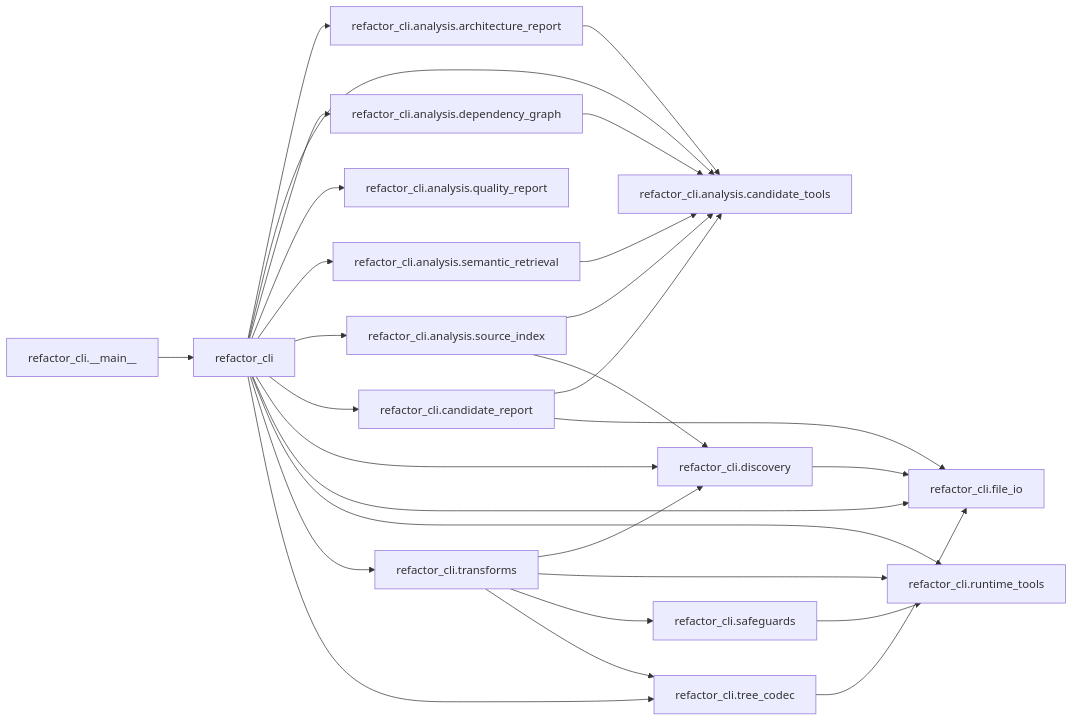
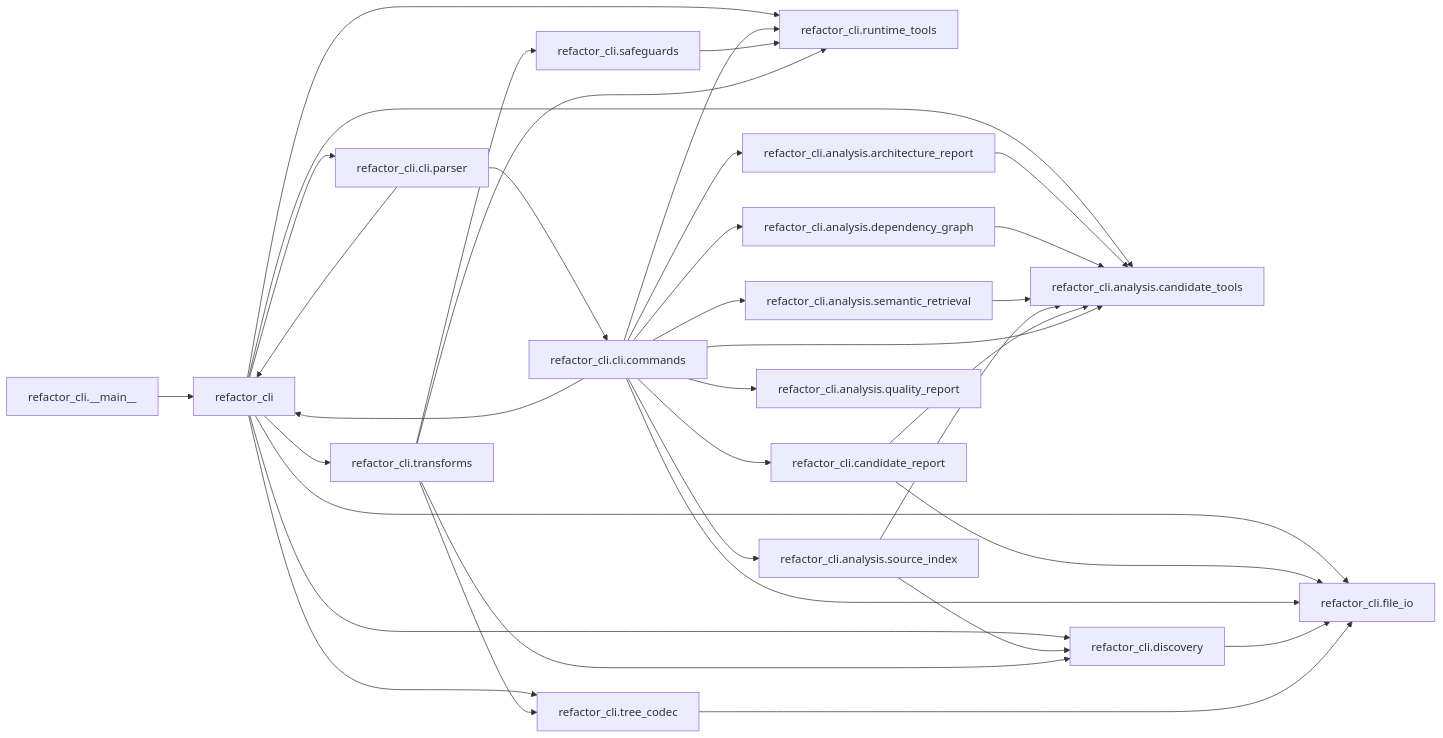
The diagram in .refactor/analysis/current/quality.md (scl2bp/refactor_cli), drawn with Mermaid before and after one commit. The commit also changed other lines of this file and 6 other files, not shown here.

First line of the commit message:
Refactor CLI commands and parser structure

````diff
--- a/.refactor/analysis/current/quality.md
+++ b/.refactor/analysis/current/quality.md
@@ -51,45 +56,54 @@
 ```mermaid
 flowchart LR
-    refactor_cli --> refactor_cli_analysis_architecture_report
     refactor_cli --> refactor_cli_analysis_candidate_tools
-    refactor_cli --> refactor_cli_analysis_dependency_graph
-    refactor_cli --> refactor_cli_analysis_quality_report
-    refactor_cli --> refactor_cli_analysis_semantic_retrieval
-    refactor_cli --> refactor_cli_analysis_source_index
-    refactor_cli --> refactor_cli_candidate_report
+    refactor_cli --> refactor_cli_cli_parser
     refactor_cli --> refactor_cli_discovery
     refactor_cli --> refactor_cli_file_io
     refactor_cli --> refactor_cli_runtime_tools
     refactor_cli --> refactor_cli_transforms
     refactor_cli --> refactor_cli_tree_codec
     refactor_cli___main__ --> refactor_cli
     refactor_cli_analysis_architecture_report --> refactor_cli_analysis_candidate_tools
     refactor_cli_analysis_dependency_graph --> refactor_cli_analysis_candidate_tools
     refactor_cli_analysis_semantic_retrieval --> refactor_cli_analysis_candidate_tools
     refactor_cli_analysis_source_index --> refactor_cli_analysis_candidate_tools
     refactor_cli_analysis_source_index --> refactor_cli_discovery
     refactor_cli_candidate_report --> refactor_cli_analysis_candidate_tools
     refactor_cli_candidate_report --> refactor_cli_file_io
+    refactor_cli_cli_commands --> refactor_cli
+    refactor_cli_cli_commands --> refactor_cli_analysis_architecture_report
+    refactor_cli_cli_commands --> refactor_cli_analysis_candidate_tools
+    refactor_cli_cli_commands --> refactor_cli_analysis_dependency_graph
+    refactor_cli_cli_commands --> refactor_cli_analysis_quality_report
+    refactor_cli_cli_commands --> refactor_cli_analysis_semantic_retrieval
+    refactor_cli_cli_commands --> refactor_cli_analysis_source_index
+    refactor_cli_cli_commands --> refactor_cli_candidate_report
+    refactor_cli_cli_commands --> refactor_cli_file_io
+    refactor_cli_cli_commands --> refactor_cli_runtime_tools
+    refactor_cli_cli_parser --> refactor_cli
+    refactor_cli_cli_parser --> refactor_cli_cli_commands
     refactor_cli_discovery --> refactor_cli_file_io
     refactor_cli_safeguards --> refactor_cli_runtime_tools
     refactor_cli_transforms --> refactor_cli_discovery
     refactor_cli_transforms --> refactor_cli_runtime_tools
     refactor_cli_transforms --> refactor_cli_safeguards
     refactor_cli_transforms --> refactor_cli_tree_codec
     refactor_cli_tree_codec --> refactor_cli_file_io
     refactor_cli[refactor_cli]
     refactor_cli___main__[refactor_cli.__main__]
     refactor_cli_analysis_architecture_report[refactor_cli.analysis.architecture_report]
     refactor_cli_analysis_candidate_tools[refactor_cli.analysis.candidate_tools]
     refactor_cli_analysis_dependency_graph[refactor_cli.analysis.dependency_graph]
     refactor_cli_analysis_quality_report[refactor_cli.analysis.quality_report]
     refactor_cli_analysis_semantic_retrieval[refactor_cli.analysis.semantic_retrieval]
     refactor_cli_analysis_source_index[refactor_cli.analysis.source_index]
     refactor_cli_candidate_report[refactor_cli.candidate_report]
+    refactor_cli_cli_commands[refactor_cli.cli.commands]
+    refactor_cli_cli_parser[refactor_cli.cli.parser]
     refactor_cli_discovery[refactor_cli.discovery]
     refactor_cli_file_io[refactor_cli.file_io]
     refactor_cli_runtime_tools[refactor_cli.runtime_tools]
     refactor_cli_safeguards[refactor_cli.safeguards]
     refactor_cli_transforms[refactor_cli.transforms]
     refactor_cli_tree_codec[refactor_cli.tree_codec]
 ```
````
